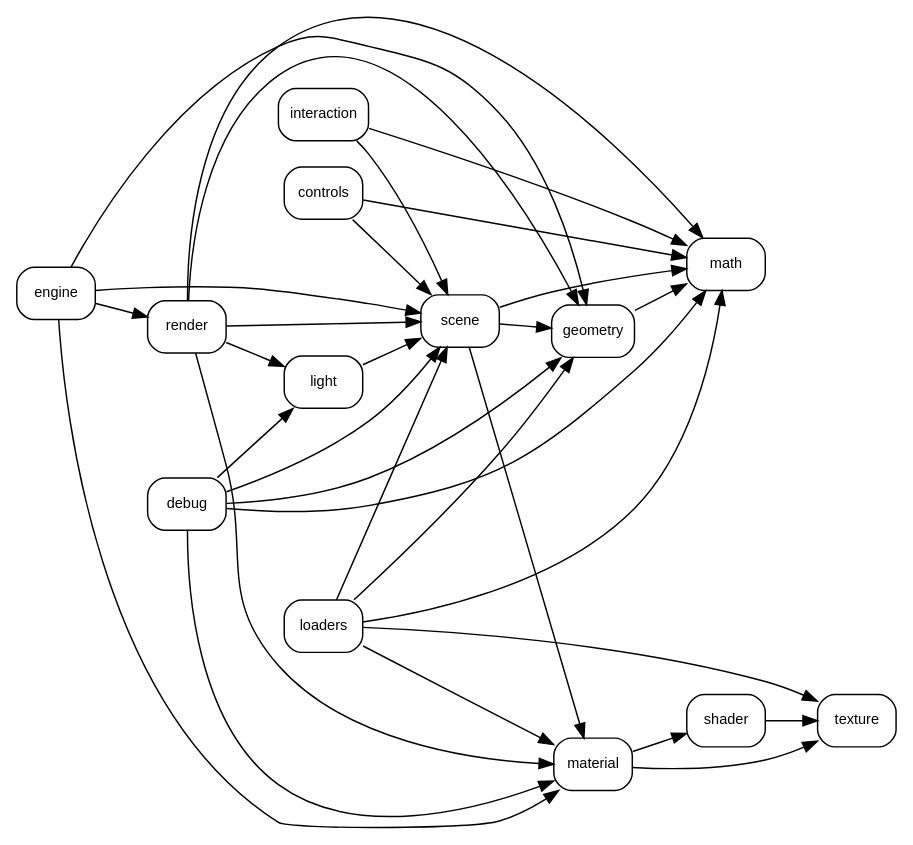
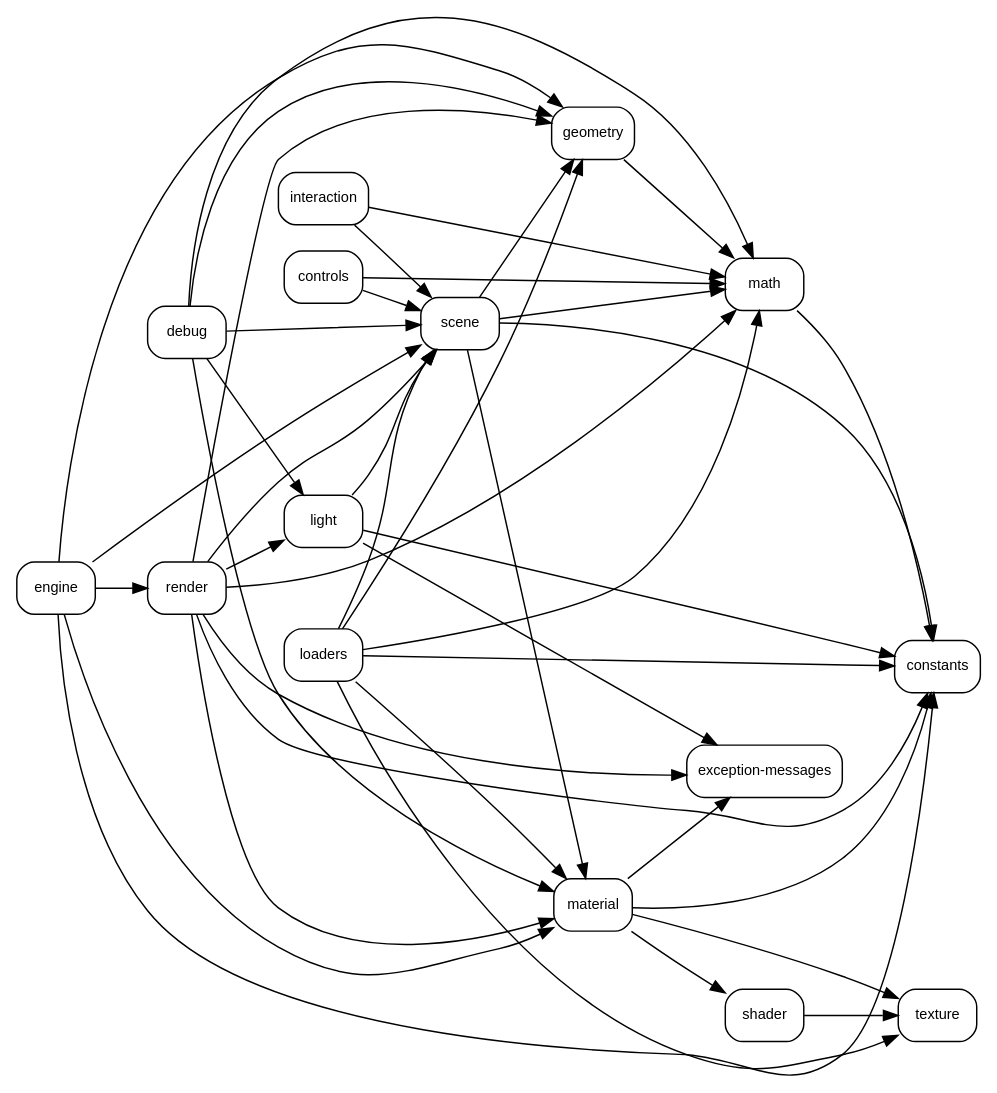
The diagram in dist-github-pages/hld-diagrams/folder-dependency.dot (gelovolro/gerawebgl), drawn with Graphviz before and after one commit. The commit also changed 271 other files, not shown here.

```diff
--- a/dist-github-pages/hld-diagrams/folder-dependency.dot
+++ b/dist-github-pages/hld-diagrams/folder-dependency.dot
@@ -1,52 +1,64 @@
 digraph FolderDependencies {
     rankdir="LR";
     graph [fontsize=10, fontname="Arial"];
     node [shape=box, style="rounded", fontsize=10, fontname="Arial"];
     edge [fontsize=9, fontname="Arial"];
 
+    "constants";
     "controls";
     "debug";
     "engine";
+    "exception-messages";
     "geometry";
     "interaction";
     "light";
     "loaders";
     "material";
     "math";
     "render";
     "scene";
     "shader";
     "texture";
 
     "controls" -> "math";
     "controls" -> "scene";
     "debug" -> "geometry";
     "debug" -> "light";
     "debug" -> "material";
     "debug" -> "math";
     "debug" -> "scene";
+    "engine" -> "constants";
     "engine" -> "geometry";
     "engine" -> "material";
     "engine" -> "render";
     "engine" -> "scene";
     "geometry" -> "math";
     "interaction" -> "math";
     "interaction" -> "scene";
+    "light" -> "constants";
+    "light" -> "exception-messages";
     "light" -> "scene";
+    "loaders" -> "constants";
     "loaders" -> "geometry";
     "loaders" -> "material";
     "loaders" -> "math";
     "loaders" -> "scene";
     "loaders" -> "texture";
+    "material" -> "constants";
+    "material" -> "exception-messages";
     "material" -> "shader";
     "material" -> "texture";
+    "math" -> "constants";
+    "render" -> "constants";
+    "render" -> "exception-messages";
     "render" -> "geometry";
     "render" -> "light";
     "render" -> "material";
     "render" -> "math";
     "render" -> "scene";
+    "scene" -> "constants";
     "scene" -> "geometry";
     "scene" -> "material";
     "scene" -> "math";
     "shader" -> "texture";
 }
```
